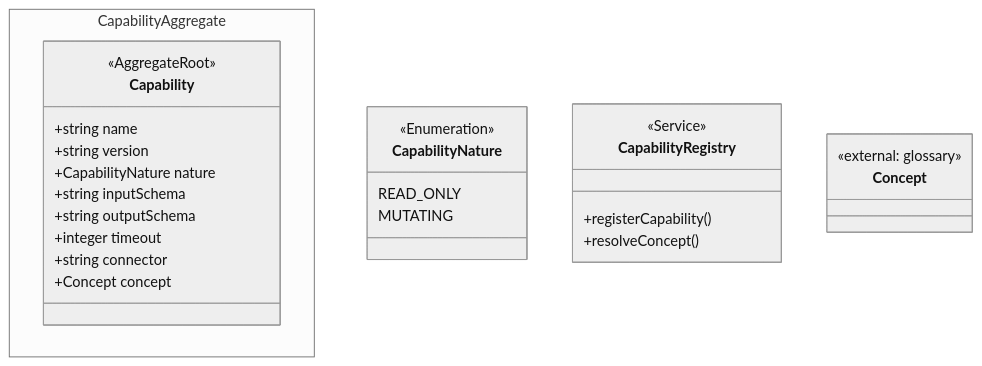
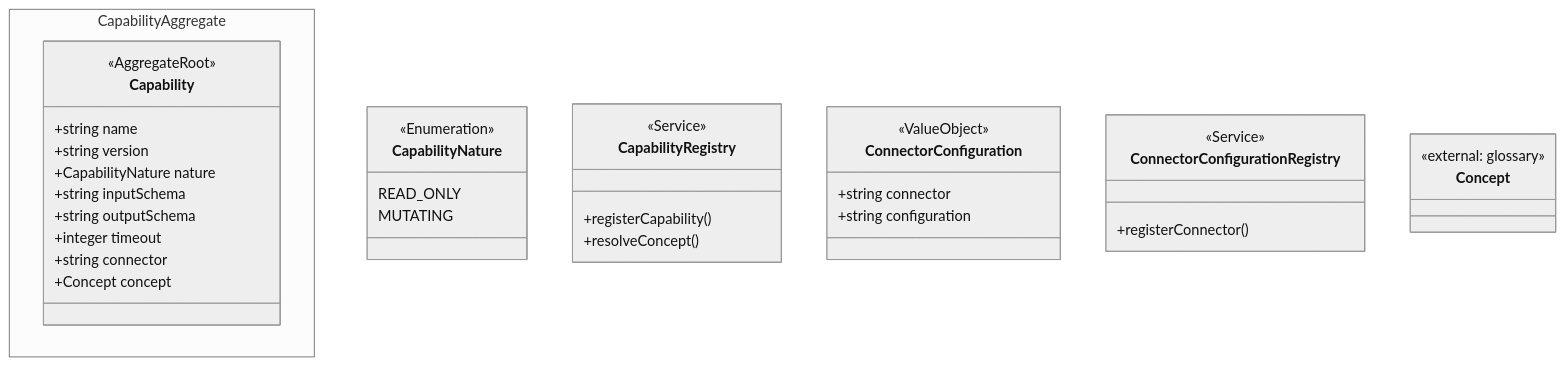
One commit to zig999/servicedesk changed the diagram in knowledge/projections/class-diagram-integration.mmd. Above: the diagram before and after it, drawn with Mermaid (neutral theme). The commit also changed 15 other files, not shown here.

First line of the commit message:
analyse: authoring surface for concept, capability and connector configuration

```diff
--- a/knowledge/projections/class-diagram-integration.mmd
+++ b/knowledge/projections/class-diagram-integration.mmd
@@ -1,27 +1,36 @@
 classDiagram
     namespace CapabilityAggregate {
         class Capability {
             <<AggregateRoot>>
             +string name
             +string version
             +CapabilityNature nature
             +string inputSchema
             +string outputSchema
             +integer timeout
             +string connector
             +Concept concept
         }
     }
     class CapabilityNature {
         <<Enumeration>>
         READ_ONLY
         MUTATING
     }
     class CapabilityRegistry {
         <<Service>>
         +registerCapability()
         +resolveConcept()
     }
+    class ConnectorConfiguration {
+        <<ValueObject>>
+        +string connector
+        +string configuration
+    }
+    class ConnectorConfigurationRegistry {
+        <<Service>>
+        +registerConnector()
+    }
     class Concept {
         <<external: glossary>>
     }
```
